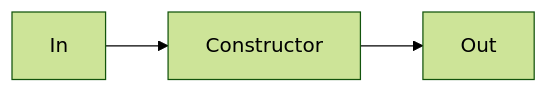
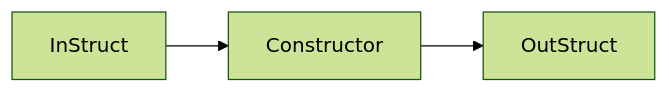
Before and after one commit to limistah/go-url-shortener: the fifth of 11 diagrams in docs/walkthrough.md, drawn with Mermaid (forest theme). The commit also changed other lines of this file and 48 other files, not shown here.

````diff
--- a/docs/walkthrough.md
+++ b/docs/walkthrough.md
@@ -72,4 +57,4 @@
 ```mermaid
 flowchart LR
-  In --> Constructor --> Out
+  InStruct --> Constructor --> OutStruct
 ```
````
